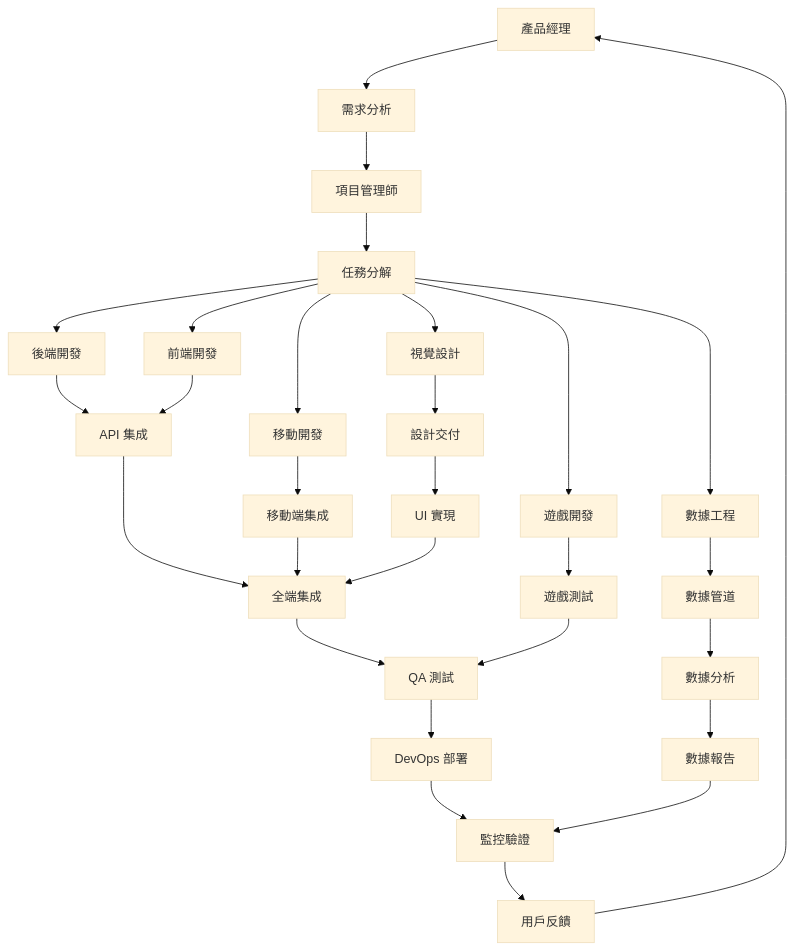
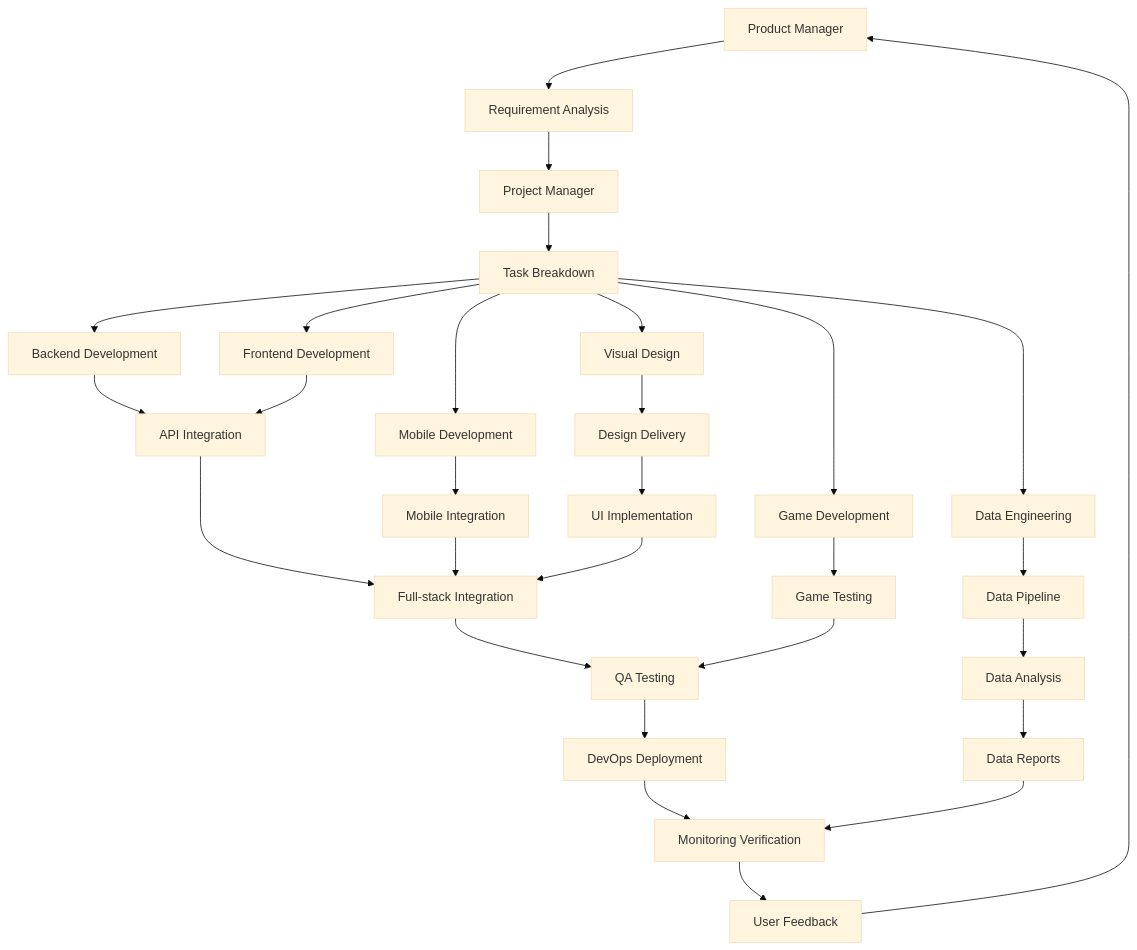
The diagram in roles/README.md (fallrising/bee_swarm), drawn with Mermaid (base theme) before and after one commit. The commit also changed other lines of this file and 13 other files, not shown here.

````diff
--- a/roles/README.md
+++ b/roles/README.md
@@ -140,31 +140,31 @@
 ```mermaid
 graph TD
-    A[產品經理] --> B[需求分析]
-    B --> C[項目管理師]
-    C --> D[任務分解]
-    D --> E[視覺設計]
-    D --> F[後端開發]
-    D --> G[前端開發]
-    D --> H[移動開發]
-    D --> I[遊戲開發]
-    D --> J[數據工程]
-    E --> K[設計交付]
-    F --> L[API 集成]
+    A[Product Manager] --> B[Requirement Analysis]
+    B --> C[Project Manager]
+    C --> D[Task Breakdown]
+    D --> E[Visual Design]
+    D --> F[Backend Development]
+    D --> G[Frontend Development]
+    D --> H[Mobile Development]
+    D --> I[Game Development]
+    D --> J[Data Engineering]
+    E --> K[Design Delivery]
+    F --> L[API Integration]
     G --> L
-    H --> M[移動端集成]
-    I --> N[遊戲測試]
-    J --> O[數據管道]
-    K --> P[UI 實現]
-    L --> Q[全端集成]
+    H --> M[Mobile Integration]
+    I --> N[Game Testing]
+    J --> O[Data Pipeline]
+    K --> P[UI Implementation]
+    L --> Q[Full-stack Integration]
     M --> Q
     P --> Q
-    O --> R[數據分析]
-    Q --> S[QA 測試]
+    O --> R[Data Analysis]
+    Q --> S[QA Testing]
     N --> S
-    R --> T[數據報告]
-    S --> U[DevOps 部署]
-    U --> V[監控驗證]
+    R --> T[Data Reports]
+    S --> U[DevOps Deployment]
+    U --> V[Monitoring Verification]
     T --> V
-    V --> W[用戶反饋]
+    V --> W[User Feedback]
     W --> A
 ```
````
